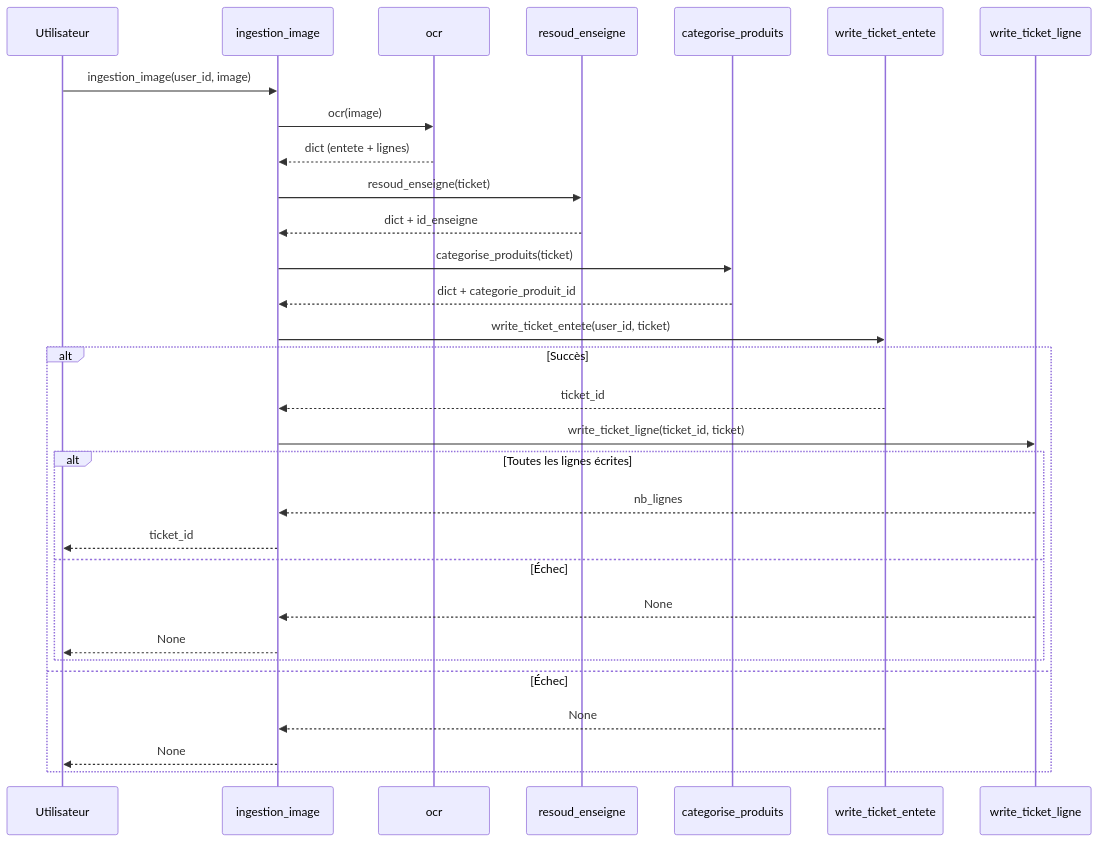
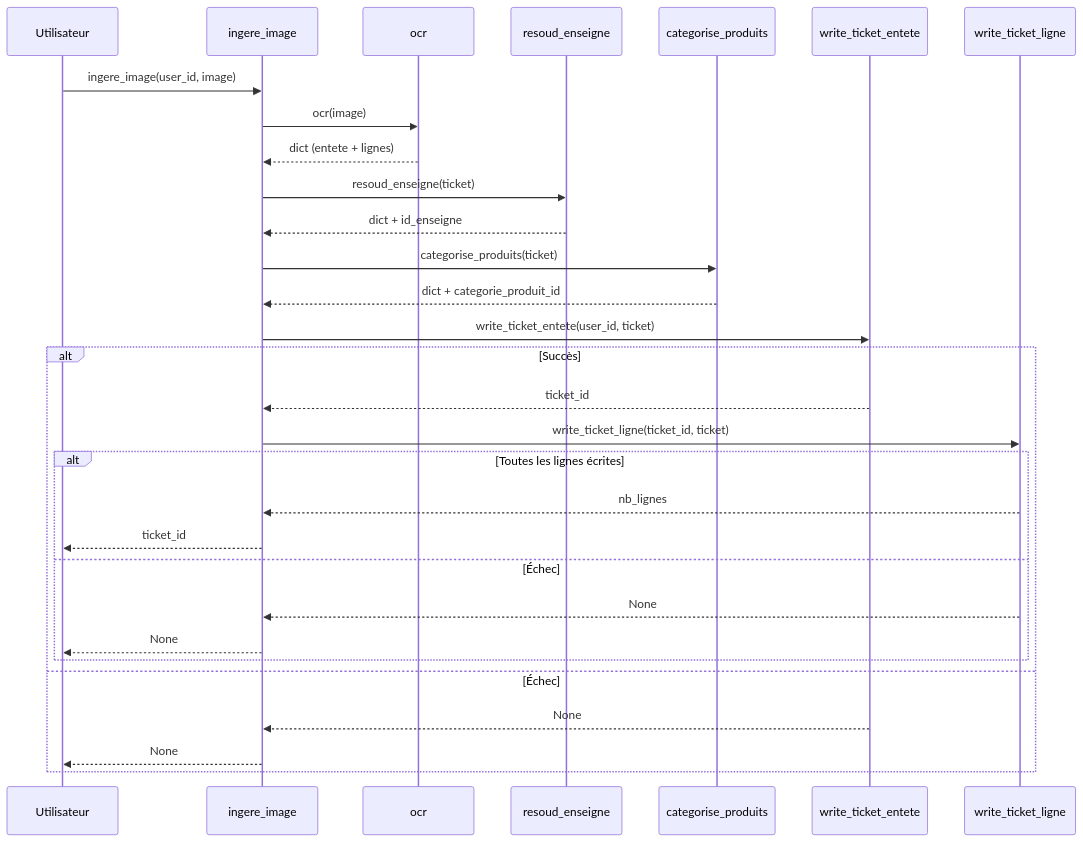
One commit to Louis903995/Ingestion-Service changed the diagram in sequence.md. Above: the diagram before and after it, drawn with Mermaid. The commit also changed 4 other files, not shown here.

Commit message:
renommé ingestion_image en ingere_image

````diff
--- a/sequence.md
+++ b/sequence.md
@@ -1,34 +1,34 @@
 ```mermaid
 sequenceDiagram
     participant U as Utilisateur
-    participant I as ingestion_image
+    participant I as ingere_image
     participant O as ocr
     participant R as resoud_enseigne
     participant C as categorise_produits
     participant WE as write_ticket_entete
     participant WL as write_ticket_ligne
 
-    U->>I: ingestion_image(user_id, image)
+    U->>I: ingere_image(user_id, image)
     I->>O: ocr(image)
     O-->>I: dict (entete + lignes)
     I->>R: resoud_enseigne(ticket)
     R-->>I: dict + id_enseigne
     I->>C: categorise_produits(ticket)
     C-->>I: dict + categorie_produit_id
     I->>WE: write_ticket_entete(user_id, ticket)
     alt Succès
         WE-->>I: ticket_id
         I->>WL: write_ticket_ligne(ticket_id, ticket)
         alt Toutes les lignes écrites
             WL-->>I: nb_lignes
             I-->>U: ticket_id
         else Échec
             WL-->>I: None
             I-->>U: None
         end
     else Échec
         WE-->>I: None
         I-->>U: None
     end
 
 ```
````
